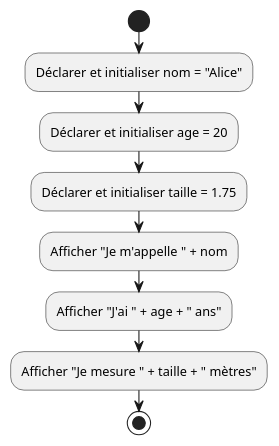
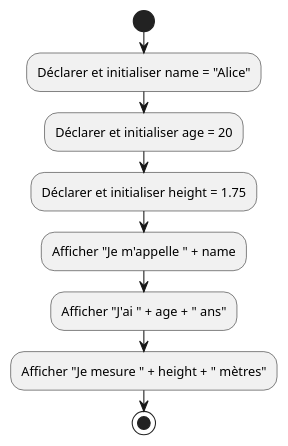
One commit to HEIG-VD-Prog-Course/HEIG-VD-ProgIM-Course changed the first of 12 diagrams in 04.02-variables-constantes/02-exercices/README.md. Above: the diagram before and after it, drawn with PlantUML. The commit also changed other lines of this file and 1 other file, not shown here.

````diff
--- a/04.02-variables-constantes/02-exercices/README.md
+++ b/04.02-variables-constantes/02-exercices/README.md
@@ -101,12 +101,12 @@
 ```plantuml
 @startuml
 start
-:Déclarer et initialiser nom = "Alice";
+:Déclarer et initialiser name = "Alice";
 :Déclarer et initialiser age = 20;
-:Déclarer et initialiser taille = 1.75;
-:Afficher "Je m'appelle " + nom;
+:Déclarer et initialiser height = 1.75;
+:Afficher "Je m'appelle " + name;
 :Afficher "J'ai " + age + " ans";
-:Afficher "Je mesure " + taille + " mètres";
+:Afficher "Je mesure " + height + " mètres";
 stop
 @enduml
 ```
````
